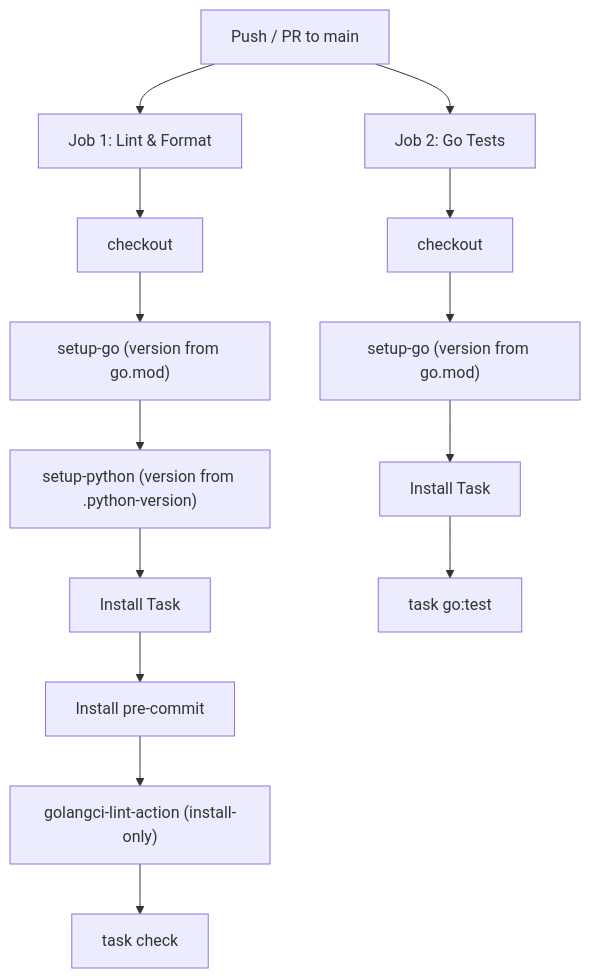
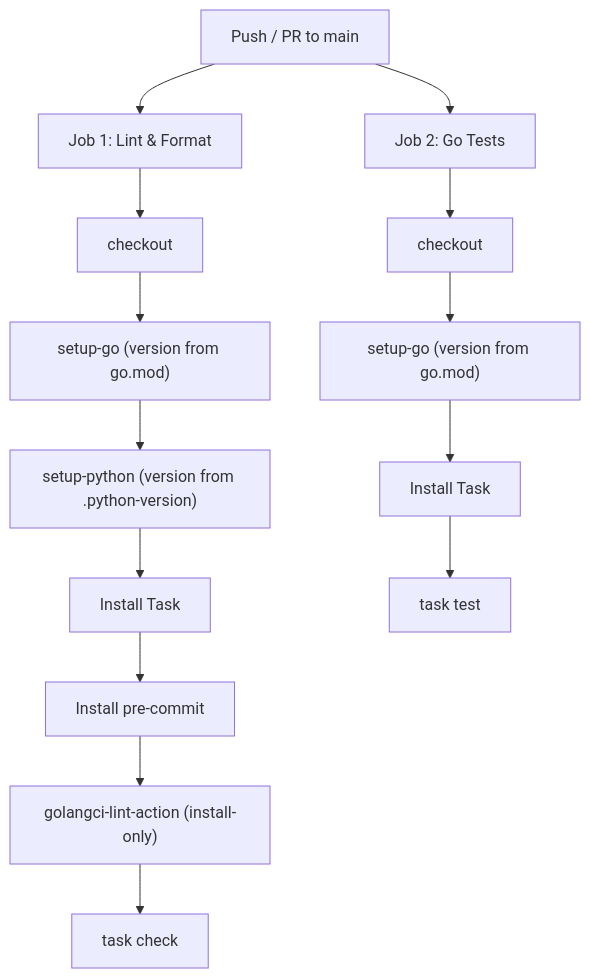
Before and after one commit to m-d-brown/service-management: the diagram in design/003-ci-automation-and-version-management.md, drawn with Mermaid. The commit also changed other lines of this file and 10 other files, not shown here.

````diff
--- a/design/003-ci-automation-and-version-management.md
+++ b/design/003-ci-automation-and-version-management.md
@@ -153,18 +153,18 @@
 ```mermaid
 graph TD
     A["Push / PR to main"] --> B["Job 1: Lint & Format"]
     A --> C["Job 2: Go Tests"]
 
     B --> B1["checkout"]
     B1 --> B2["setup-go (version from go.mod)"]
     B2 --> B3["setup-python (version from .python-version)"]
     B3 --> B4["Install Task"]
     B4 --> B5["Install pre-commit"]
     B5 --> B6["golangci-lint-action (install-only)"]
     B6 --> B7["task check"]
 
     C --> C1["checkout"]
     C1 --> C2["setup-go (version from go.mod)"]
     C2 --> C3["Install Task"]
-    C3 --> C4["task go:test"]
+    C3 --> C4["task test"]
 ```
````
